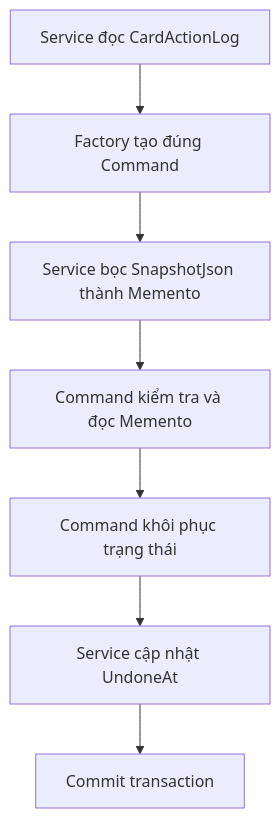
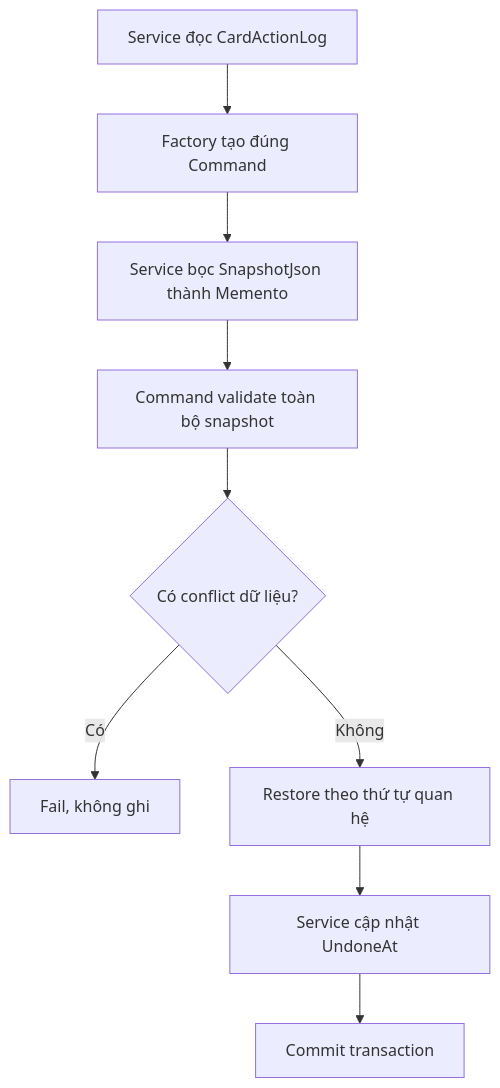
Before and after one commit to duchuyn04/LTWNC-English: the second of 2 diagrams in explain/memento.md, drawn with Mermaid. The commit also changed other lines of this file and 8 other files, not shown here.

````diff
--- a/explain/memento.md
+++ b/explain/memento.md
@@ -160,9 +134,11 @@
 ```mermaid
 flowchart TD
     A[Service đọc CardActionLog] --> B[Factory tạo đúng Command]
     B --> C[Service bọc SnapshotJson thành Memento]
-    C --> D[Command kiểm tra và đọc Memento]
-    D --> E[Command khôi phục trạng thái]
-    E --> F[Service cập nhật UndoneAt]
-    F --> G[Commit transaction]
+    C --> D[Command validate toàn bộ snapshot]
+    D --> E{Có conflict dữ liệu?}
+    E -->|Có| X[Fail, không ghi]
+    E -->|Không| F[Restore theo thứ tự quan hệ]
+    F --> G[Service cập nhật UndoneAt]
+    G --> H[Commit transaction]
 ```
````
